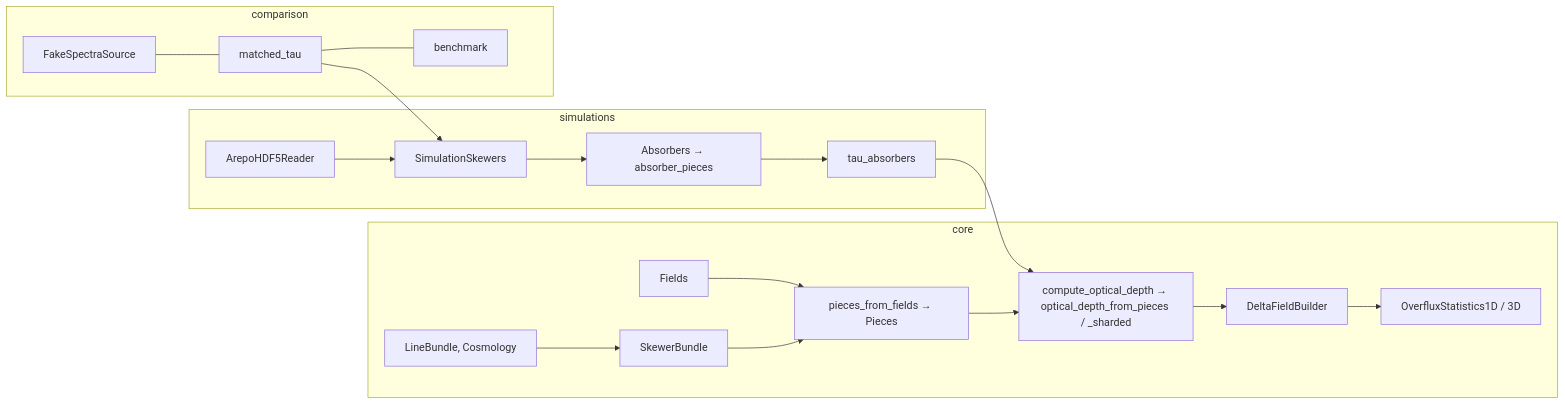
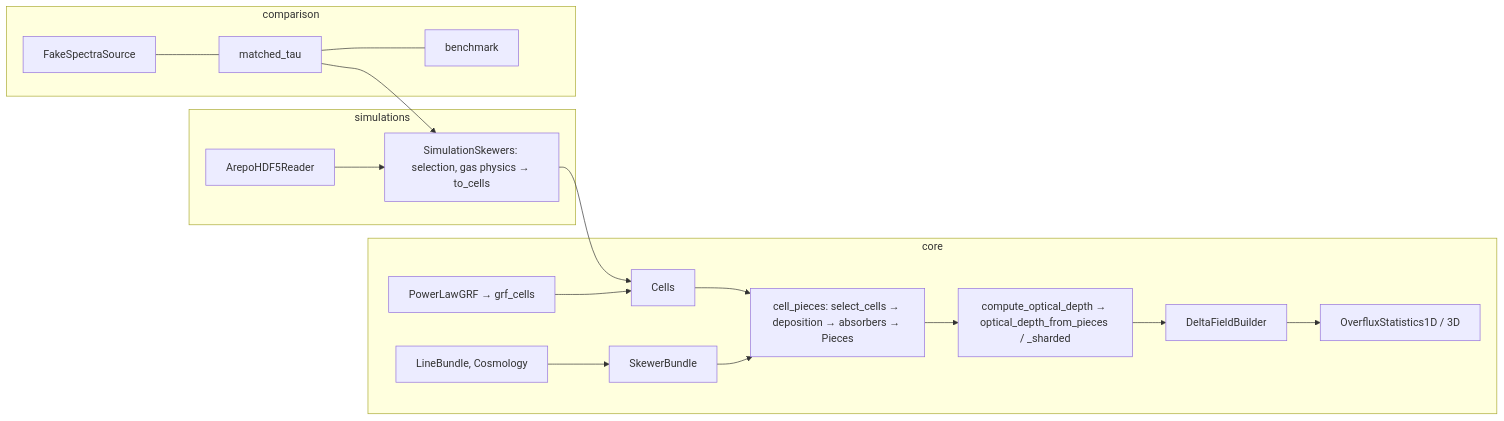
Before and after one commit to daniellopezcano/SkewerJAX: the diagram in docs/usage.md, drawn with Mermaid. The commit also changed other lines of this file and 39 other files, not shown here.

````diff
--- a/docs/usage.md
+++ b/docs/usage.md
@@ -7,18 +7,19 @@
 ```mermaid
 flowchart LR
     subgraph A["core"]
         L[LineBundle, Cosmology] --> S[SkewerBundle]
-        S --> LS["pieces_from_fields → Pieces"]
-        F[Fields] --> LS
+        G["PowerLawGRF → grf_cells"] --> CE[Cells]
+        S --> LS["cell_pieces: select_cells → deposition → absorbers → Pieces"]
+        CE --> LS
         LS --> T["compute_optical_depth → optical_depth_from_pieces / _sharded"]
         T --> O[DeltaFieldBuilder] --> ST[OverfluxStatistics1D / 3D]
     end
     subgraph B["simulations"]
-        R[ArepoHDF5Reader] --> SS[SimulationSkewers] --> AB["Absorbers → absorber_pieces"] --> TA[tau_absorbers]
+        R[ArepoHDF5Reader] --> SS["SimulationSkewers: selection, gas physics → to_cells"]
     end
     subgraph C["comparison"]
         FS[FakeSpectraSource] --- MT[matched_tau] --- BM[benchmark]
     end
-    TA --> T
+    SS --> CE
     MT --> SS
 ```
````
